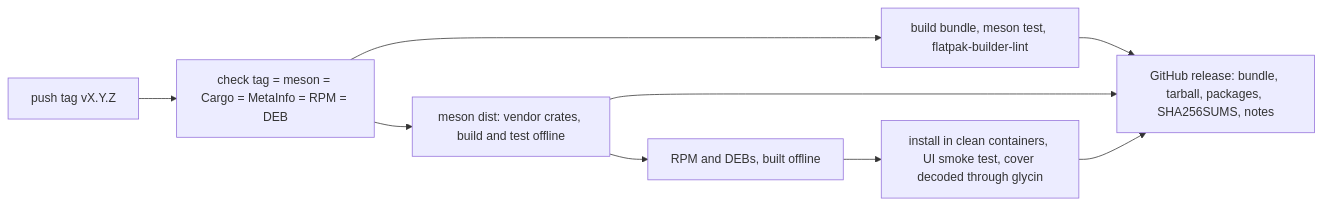
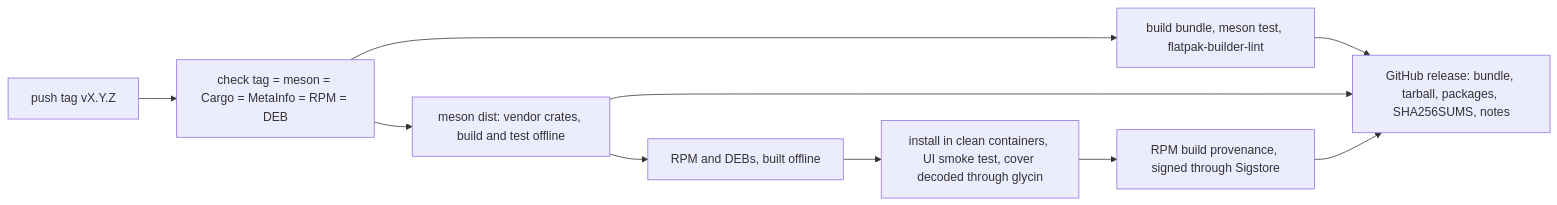
One commit to Tim-van-Oudheusden/pindu-launcher changed the diagram in docs/releasing.md. Above: the diagram before and after it, drawn with Mermaid. The commit also changed other lines of this file and 4 other files, not shown here.

First line of the commit message:
ci(release): attest build provenance for the release RPMs (#553)

````diff
--- a/docs/releasing.md
+++ b/docs/releasing.md
@@ -9,11 +9,12 @@
 ```mermaid
 flowchart LR
   tag[push tag vX.Y.Z] --> version[check tag = meson = Cargo = MetaInfo = RPM = DEB]
   version --> flatpak[build bundle, meson test, flatpak-builder-lint]
   version --> sources[meson dist: vendor crates, build and test offline]
   sources --> packages[RPM and DEBs, built offline]
   packages --> smoke[install in clean containers, UI smoke test, cover decoded through glycin]
+  smoke --> provenance[RPM build provenance, signed through Sigstore]
   flatpak --> publish[GitHub release: bundle, tarball, packages, SHA256SUMS, notes]
   sources --> publish
-  smoke --> publish
+  provenance --> publish
 ```
````
